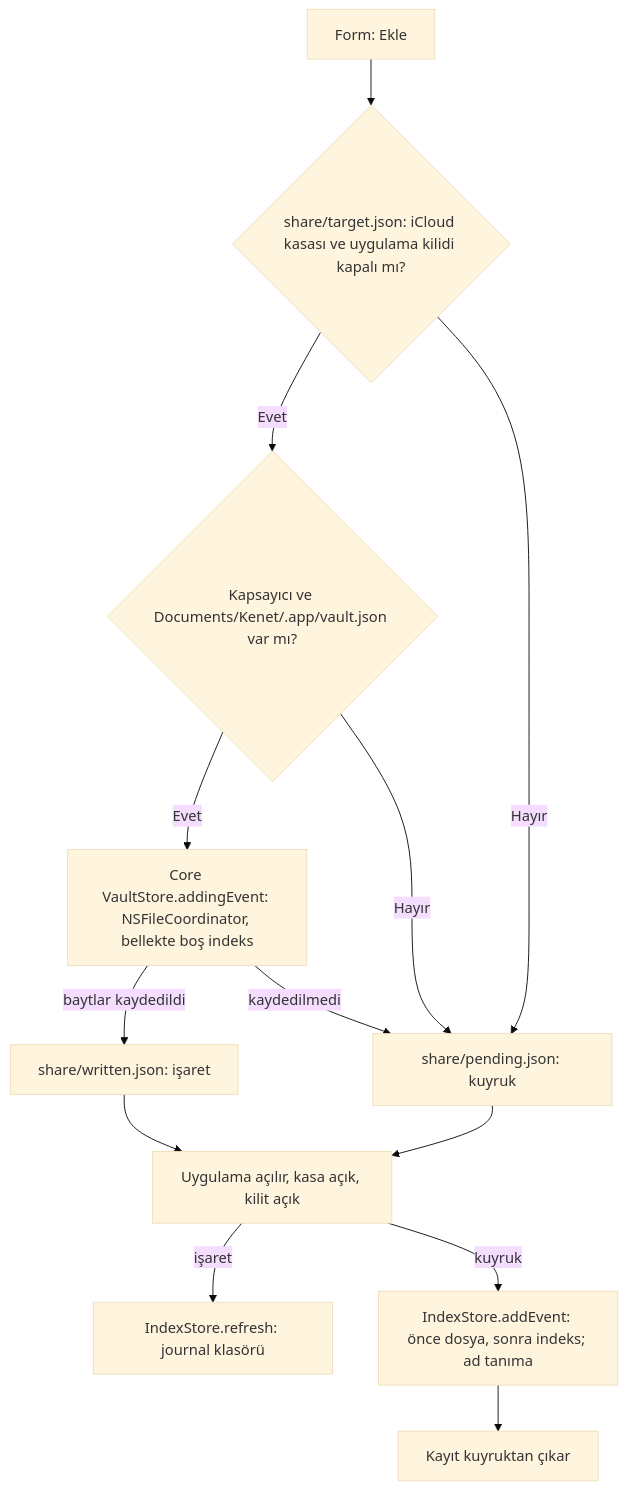
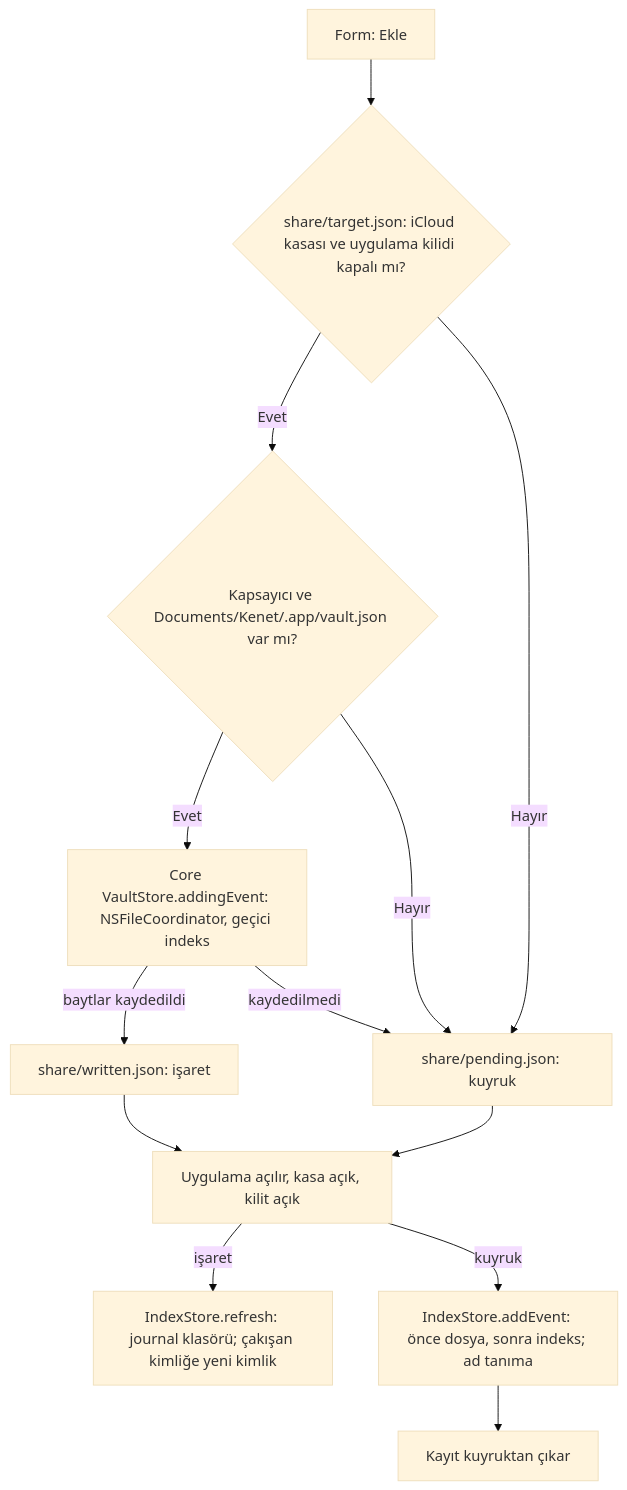
Diagram 21 of 21 in docs/architecture.md (dogancanyildiz/kenet), drawn with Mermaid (base theme) before and after one commit. The commit also changed other lines of this file and 150 other files, not shown here.

````diff
--- a/docs/architecture.md
+++ b/docs/architecture.md
@@ -1207,15 +1214,15 @@
 ```mermaid
 flowchart TD
   Form["Form: Ekle"] --> Hedef{"share/target.json: iCloud kasası ve uygulama kilidi kapalı mı?"}
   Hedef -- Evet --> Kap{"Kapsayıcı ve Documents/Kenet/.app/vault.json var mı?"}
-  Kap -- Evet --> Yaz["Core VaultStore.addingEvent: NSFileCoordinator, bellekte boş indeks"]
+  Kap -- Evet --> Yaz["Core VaultStore.addingEvent: NSFileCoordinator, geçici indeks"]
   Yaz -- "baytlar kaydedildi" --> Isaret["share/written.json: işaret"]
   Yaz -- "kaydedilmedi" --> Kuyruk["share/pending.json: kuyruk"]
   Kap -- Hayır --> Kuyruk
   Hedef -- Hayır --> Kuyruk
   Isaret --> Uyg["Uygulama açılır, kasa açık, kilit açık"]
   Kuyruk --> Uyg
-  Uyg -->|"işaret"| Yenile["IndexStore.refresh: journal klasörü"]
+  Uyg -->|"işaret"| Yenile["IndexStore.refresh: journal klasörü; çakışan kimliğe yeni kimlik"]
   Uyg -->|"kuyruk"| Ekle["IndexStore.addEvent: önce dosya, sonra indeks; ad tanıma"]
   Ekle --> Sil["Kayıt kuyruktan çıkar"]
 ```
````
